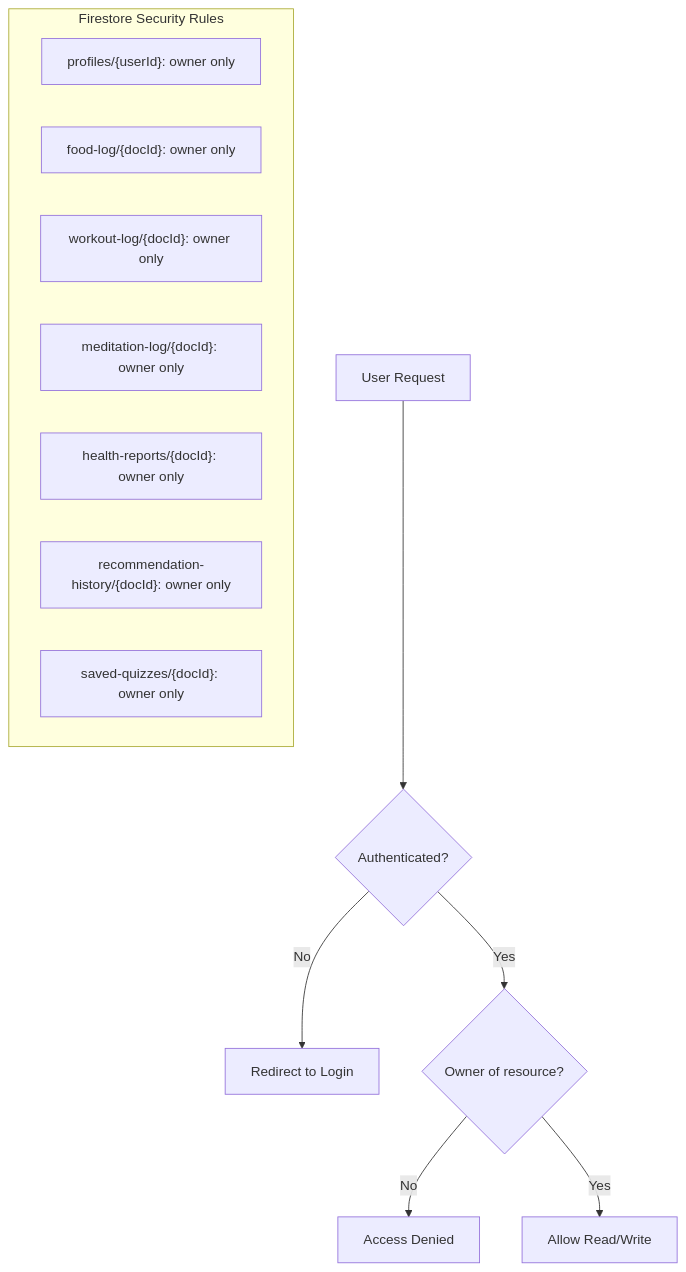
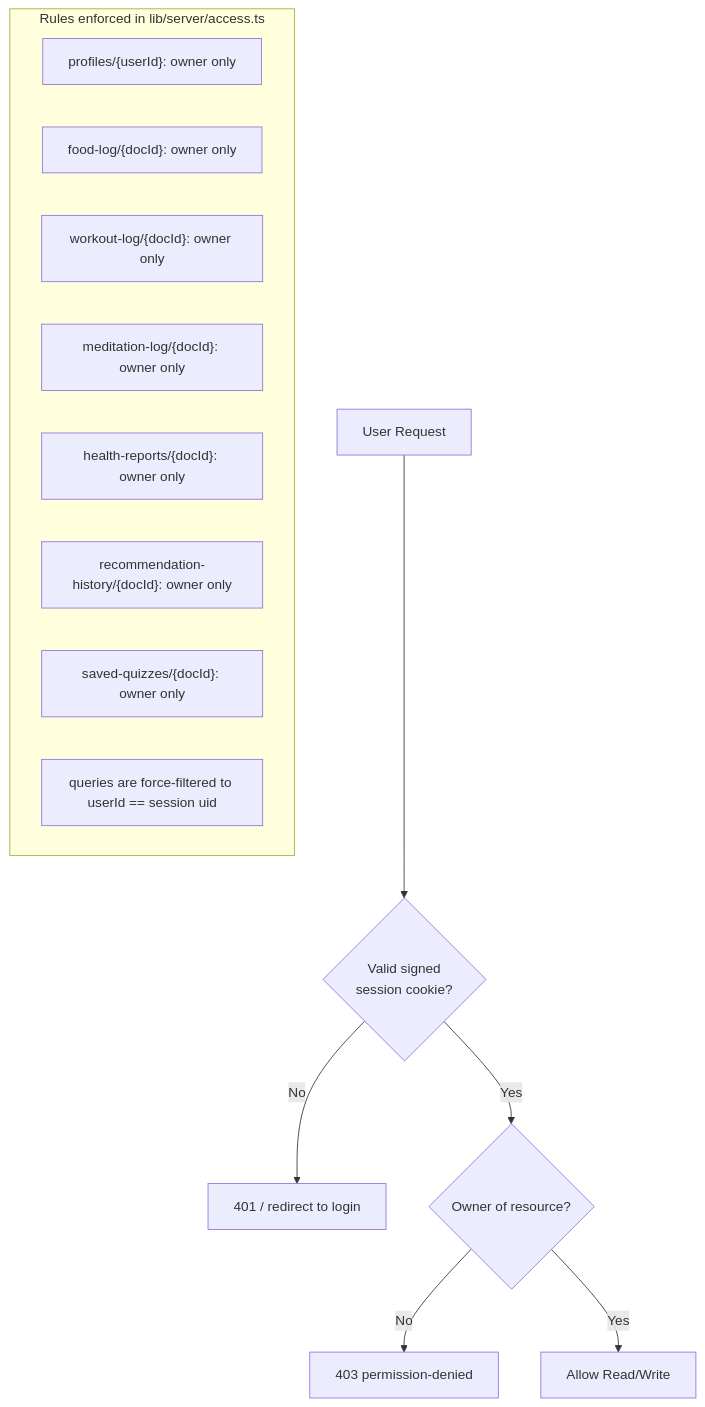
Before and after one commit to knotking/healthgeek: the sixth of 7 diagrams in docs/architecture/README.md, drawn with Mermaid. The commit also changed other lines of this file and 67 other files, not shown here.

````diff
--- a/docs/architecture/README.md
+++ b/docs/architecture/README.md
@@ -232,18 +250,19 @@
 ```mermaid
 graph TD
-    User[User Request] --> AuthCheck{Authenticated?}
-    AuthCheck -->|No| Login[Redirect to Login]
-    AuthCheck -->|Yes| OwnerCheck{Owner of resource?}
-    OwnerCheck -->|No| Deny[Access Denied]
+    User[User Request] --> Cookie{Valid signed<br/>session cookie?}
+    Cookie -->|No| Login[401 / redirect to login]
+    Cookie -->|Yes| OwnerCheck{Owner of resource?}
+    OwnerCheck -->|No| Deny[403 permission-denied]
     OwnerCheck -->|Yes| Allow[Allow Read/Write]
 
-    subgraph FirestoreRules ["Firestore Security Rules"]
+    subgraph Rules ["Rules enforced in lib/server/access.ts"]
         R1["profiles/{userId}: owner only"]
         R2["food-log/{docId}: owner only"]
         R3["workout-log/{docId}: owner only"]
         R4["meditation-log/{docId}: owner only"]
         R5["health-reports/{docId}: owner only"]
         R6["recommendation-history/{docId}: owner only"]
         R7["saved-quizzes/{docId}: owner only"]
+        R8["queries are force-filtered to userId == session uid"]
     end
 ```
````
